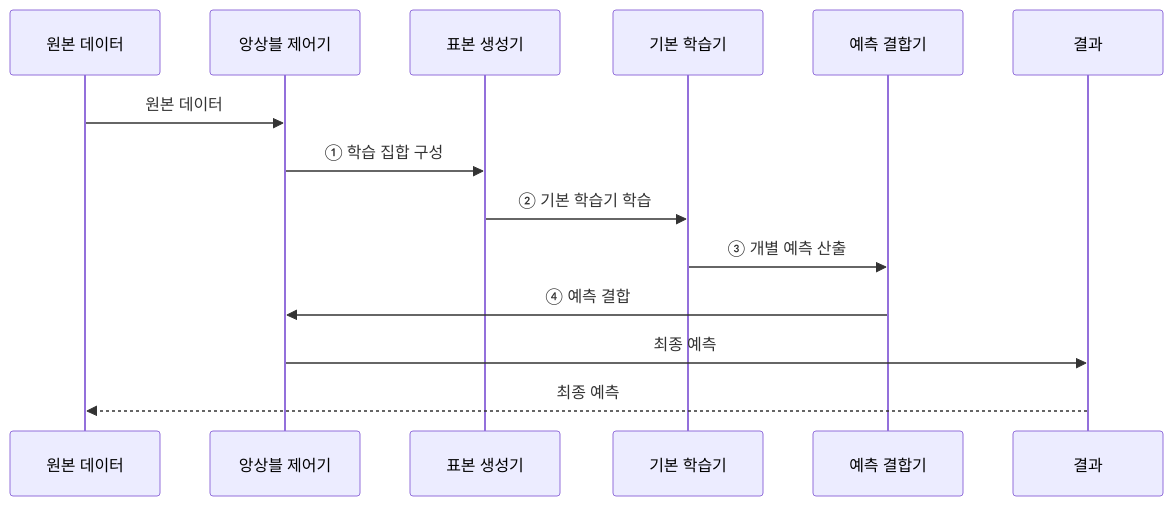
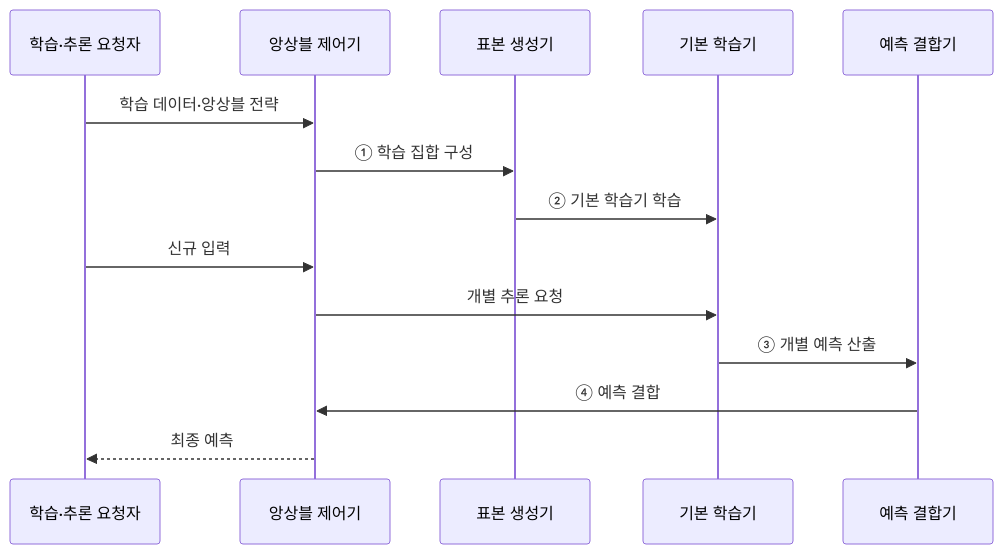
The second of 2 diagrams in src/content/docs/notes/01-basic-theory/052_ensemble_learning.md (agnusdei1207/knowledge-base), drawn with Mermaid before and after one commit. The commit also changed other lines of this file and 19 other files, not shown here.

````diff
--- a/src/content/docs/notes/01-basic-theory/052_ensemble_learning.md
+++ b/src/content/docs/notes/01-basic-theory/052_ensemble_learning.md
@@ -77,16 +79,16 @@
 ```mermaid
 sequenceDiagram
-    participant D as 원본 데이터
+    participant Q as 학습·추론 요청자
     participant C as 앙상블 제어기
     participant S as 표본 생성기
     participant B as 기본 학습기
     participant A as 예측 결합기
-    participant Y as 결과
-    D->>C: 원본 데이터
+    Q->>C: 학습 데이터·앙상블 전략
     C->>S: ① 학습 집합 구성
     S->>B: ② 기본 학습기 학습
+    Q->>C: 신규 입력
+    C->>B: 개별 추론 요청
     B->>A: ③ 개별 예측 산출
     A->>C: ④ 예측 결합
-    C->>Y: 최종 예측
-    Y-->>D: 최종 예측
+    C-->>Q: 최종 예측
 ```
````
